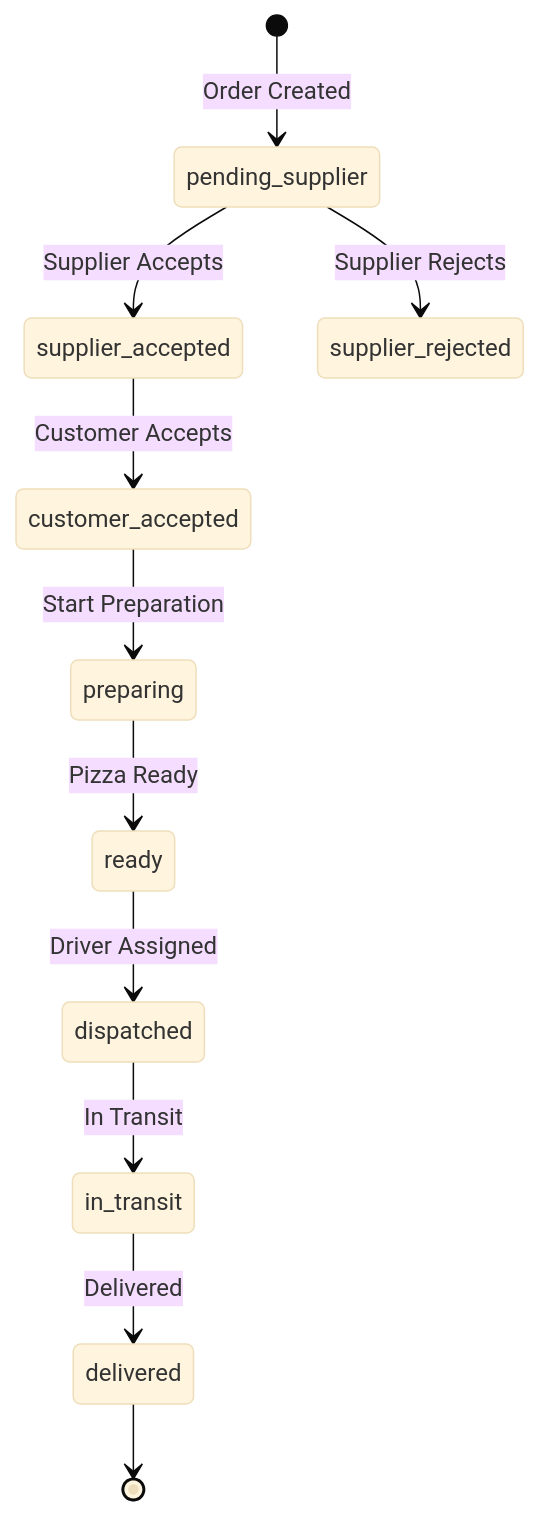
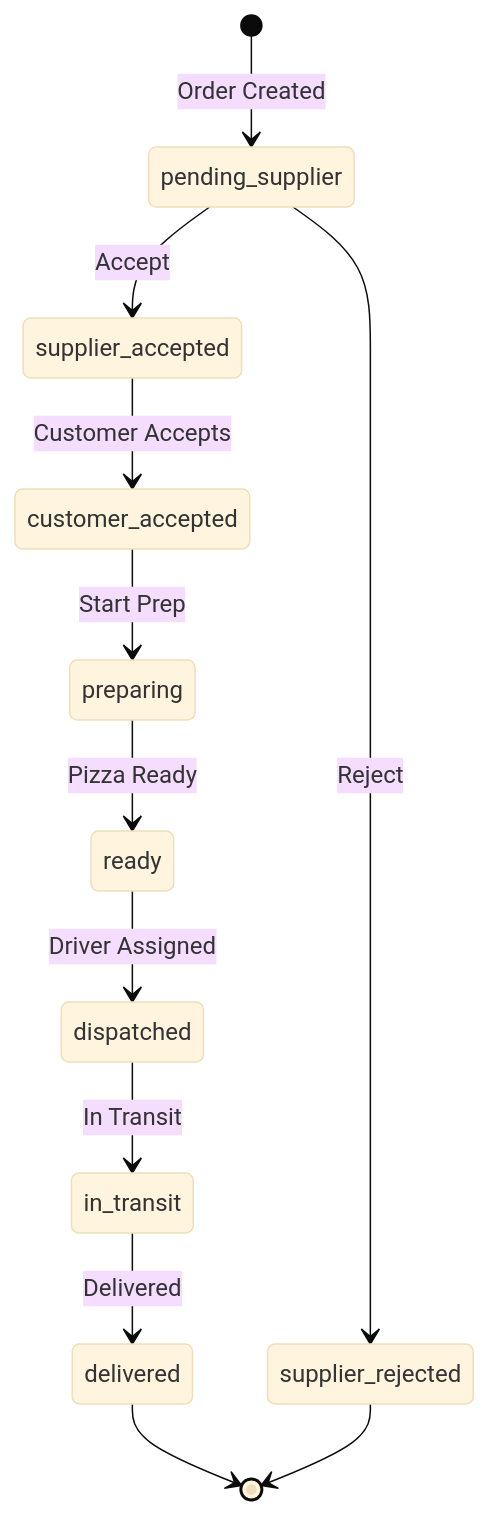
One commit to tukue/event-driven-platform changed the third of 3 diagrams in README.md. Above: the diagram before and after it, drawn with Mermaid (base theme). The commit also changed other lines of this file and 3 other files, not shown here.

Commit message:
Update README with business problem, architecture design, and tradeoffs; make CORS configurable via env

````diff
--- a/README.md
+++ b/README.md
@@ -99,13 +137,14 @@
 ```mermaid
 stateDiagram-v2
     [*] --> pending_supplier: Order Created
-    pending_supplier --> supplier_accepted: Supplier Accepts
-    pending_supplier --> supplier_rejected: Supplier Rejects
+    pending_supplier --> supplier_accepted: Accept
+    pending_supplier --> supplier_rejected: Reject
     supplier_accepted --> customer_accepted: Customer Accepts
-    customer_accepted --> preparing: Start Preparation
+    customer_accepted --> preparing: Start Prep
     preparing --> ready: Pizza Ready
     ready --> dispatched: Driver Assigned
     dispatched --> in_transit: In Transit
     in_transit --> delivered: Delivered
     delivered --> [*]
+    supplier_rejected --> [*]
 ```
````
